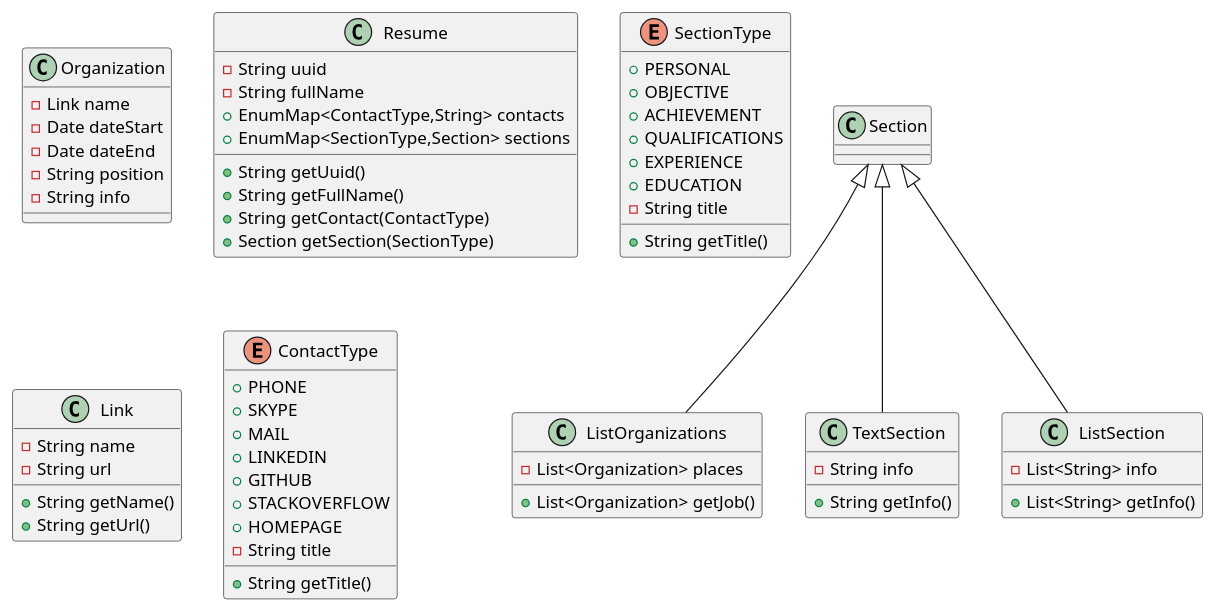
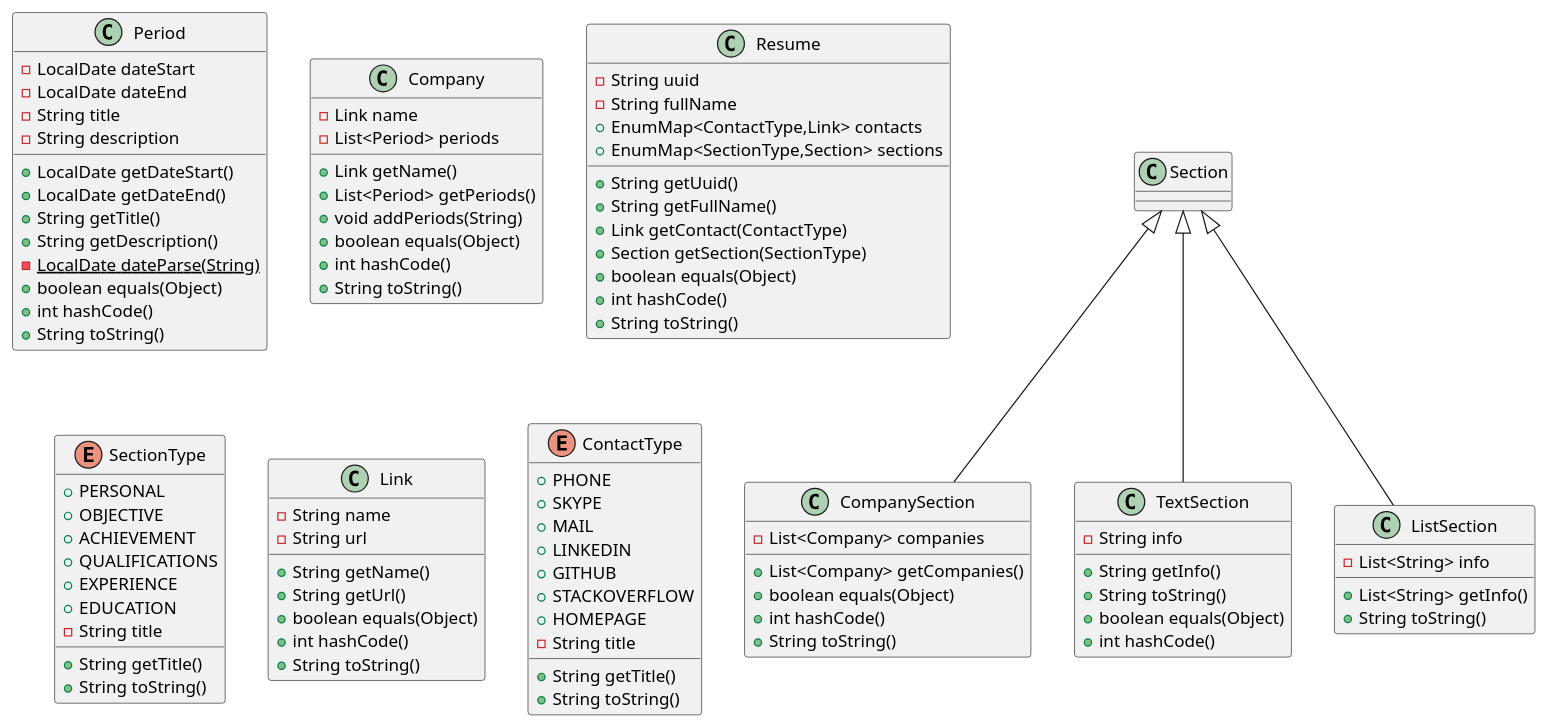
The diagram in src/com/urise/webapp/model/testUML.puml (mksmkrch/baseJava), drawn with PlantUML before and after one commit. The commit also changed 1 other file, not shown here.

```diff
--- a/src/com/urise/webapp/model/testUML.puml
+++ b/src/com/urise/webapp/model/testUML.puml
@@ -1,65 +1,97 @@
 @startuml
-class ListOrganizations {
-- List<Organization> places
-+ List<Organization> getJob()
-}
-class Organization {
-- Link name
-- Date dateStart
-- Date dateEnd
-- String position
-- String info
+class CompanySection {
+- List<Company> companies
++ List<Company> getCompanies()
++ boolean equals(Object)
++ int hashCode()
++ String toString()
 }
 class TextSection {
 - String info
 + String getInfo()
++ String toString()
++ boolean equals(Object)
++ int hashCode()
+}
+class Period {
+- LocalDate dateStart
+- LocalDate dateEnd
+- String title
+- String description
++ LocalDate getDateStart()
++ LocalDate getDateEnd()
++ String getTitle()
++ String getDescription()
+- {static} LocalDate dateParse(String)
++ boolean equals(Object)
++ int hashCode()
++ String toString()
+}
+class Company {
+- Link name
+- List<Period> periods
++ Link getName()
++ List<Period> getPeriods()
++ void addPeriods(String)
++ boolean equals(Object)
++ int hashCode()
++ String toString()
 }
 class Resume {
 - String uuid
 - String fullName
-+ EnumMap<ContactType,String> contacts
++ EnumMap<ContactType,Link> contacts
 + EnumMap<SectionType,Section> sections
 + String getUuid()
 + String getFullName()
-+ String getContact(ContactType)
++ Link getContact(ContactType)
 + Section getSection(SectionType)
++ boolean equals(Object)
++ int hashCode()
++ String toString()
 }
 class Section {
 }
 enum SectionType {
 +  PERSONAL
 +  OBJECTIVE
 +  ACHIEVEMENT
 +  QUALIFICATIONS
 +  EXPERIENCE
 +  EDUCATION
 - String title
 + String getTitle()
++ String toString()
 }
 class Link {
 - String name
 - String url
 + String getName()
 + String getUrl()
++ boolean equals(Object)
++ int hashCode()
++ String toString()
 }
 enum ContactType {
 +  PHONE
 +  SKYPE
 +  MAIL
 +  LINKEDIN
 +  GITHUB
 +  STACKOVERFLOW
 +  HOMEPAGE
 - String title
 + String getTitle()
++ String toString()
 }
 class ListSection {
 - List<String> info
 + List<String> getInfo()
++ String toString()
 }
 
 
-Section <|-- ListOrganizations
+Section <|-- CompanySection
 Section <|-- TextSection
 Section <|-- ListSection
 @enduml
```
